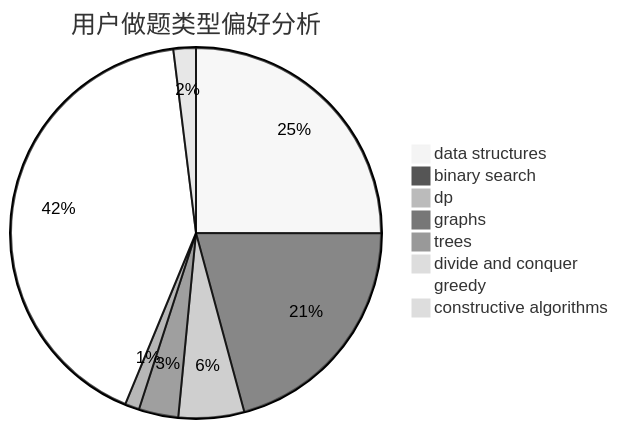
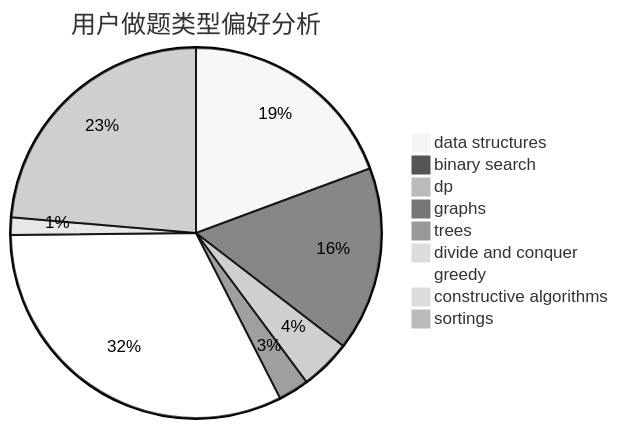
One commit to sherpahu/cfrs.github.io changed the second of 3 diagrams in docs/user/u170.md. Above: the diagram before and after it, drawn with Mermaid (neutral theme). The commit also changed other lines of this file and 2769 other files, not shown here.

````diff
--- a/docs/user/u170.md
+++ b/docs/user/u170.md
@@ -23,11 +18,12 @@
 ```mermaid
 pie title 用户做题类型偏好分析
     "data structures" :  319
     "binary search" :  265
     "dp" :  73
     "graphs" :  44
     "trees" :  16
     "divide and conquer" :  9
     "greedy" :  533
     "constructive algorithms" :  25
+    "sortings" :  390
 ```
````
